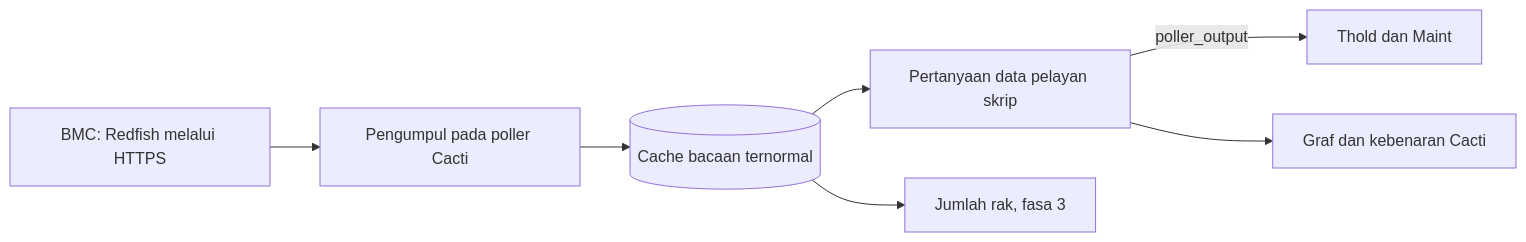
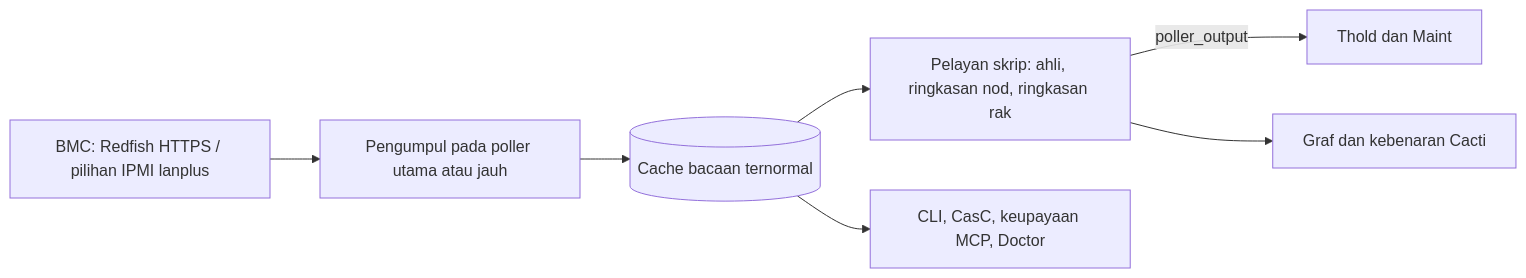
The diagram in docs/i18n/ms-MY/README.md (somethingwithproof/plugin_redfish), drawn with Mermaid before and after one commit. The commit also changed other lines of this file and 47 other files, not shown here.

````diff
--- a/docs/i18n/ms-MY/README.md
+++ b/docs/i18n/ms-MY/README.md
@@ -100,9 +140,9 @@
 ```mermaid
 flowchart LR
-    BMC[BMC: Redfish melalui HTTPS] --> C[Pengumpul pada poller Cacti]
+    BMC["BMC: Redfish HTTPS / pilihan IPMI lanplus"] --> C["Pengumpul pada poller utama atau jauh"]
     C --> CACHE[(Cache bacaan ternormal)]
-    CACHE --> SS[Pertanyaan data pelayan skrip]
+    CACHE --> SS["Pelayan skrip: ahli, ringkasan nod, ringkasan rak"]
     SS -->|poller_output| T[Thold dan Maint]
     SS --> G[Graf dan kebenaran Cacti]
-    CACHE --> R[Jumlah rak, fasa 3]
+    CACHE --> ECO["CLI, CasC, keupayaan MCP, Doctor"]
 ```
````
